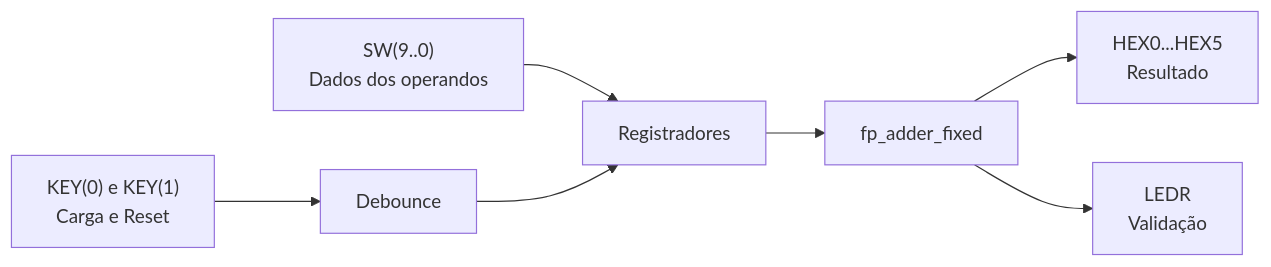
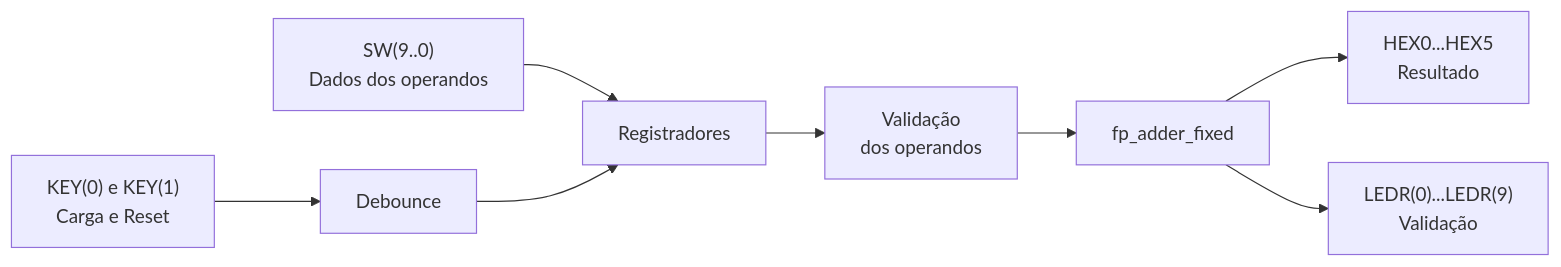
One commit to gabrilles27/projeto-final-sistemas-digitais changed the second of 2 diagrams in README.md. Above: the diagram before and after it, drawn with Mermaid. The commit also changed other lines of this file, not shown here.

````diff
--- a/README.md
+++ b/README.md
@@ -78,26 +237,29 @@
 ```mermaid
 flowchart LR
 
-SW["SW(9..0)<br/>Dados dos operandos"]
+SW["SW(9..0)<br/> Dados dos operandos"]
 
-KEY["KEY(0) e KEY(1)<br/>Carga e Reset"]
+KEY["KEY(0) e KEY(1)<br/> Carga e Reset"]
 
 DB["Debounce"]
 
 REG["Registradores"]
 
+VAL["Validação<br/> dos operandos"]
+
 CORE["fp_adder_fixed"]
 
-HEX["HEX0...HEX5<br/>Resultado"]
+HEX["HEX0...HEX5<br/> Resultado"]
 
-LED["LEDR<br/>Validação"]
+LED["LEDR(0)...LEDR(9)<br/> Validação"]
 
 SW --> REG
 KEY --> DB
 DB --> REG
 
-REG --> CORE
+REG --> VAL
+VAL --> CORE
 
 CORE --> HEX
 CORE --> LED
 ```
````
